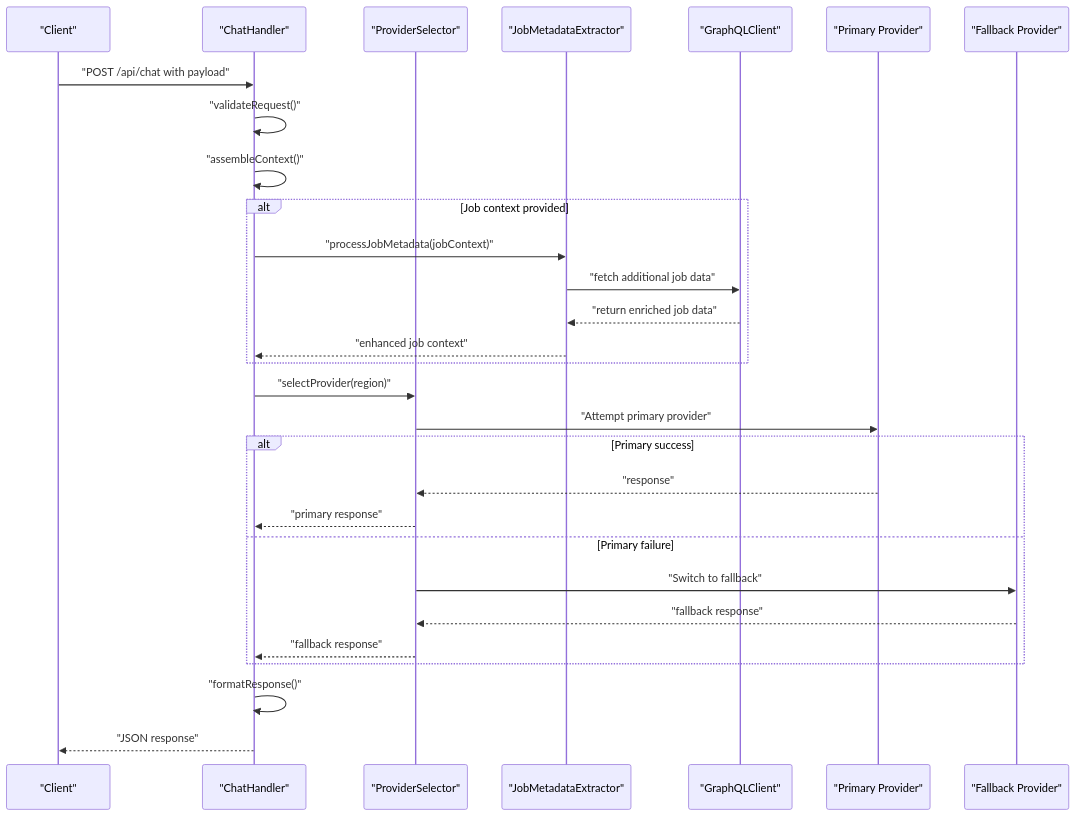
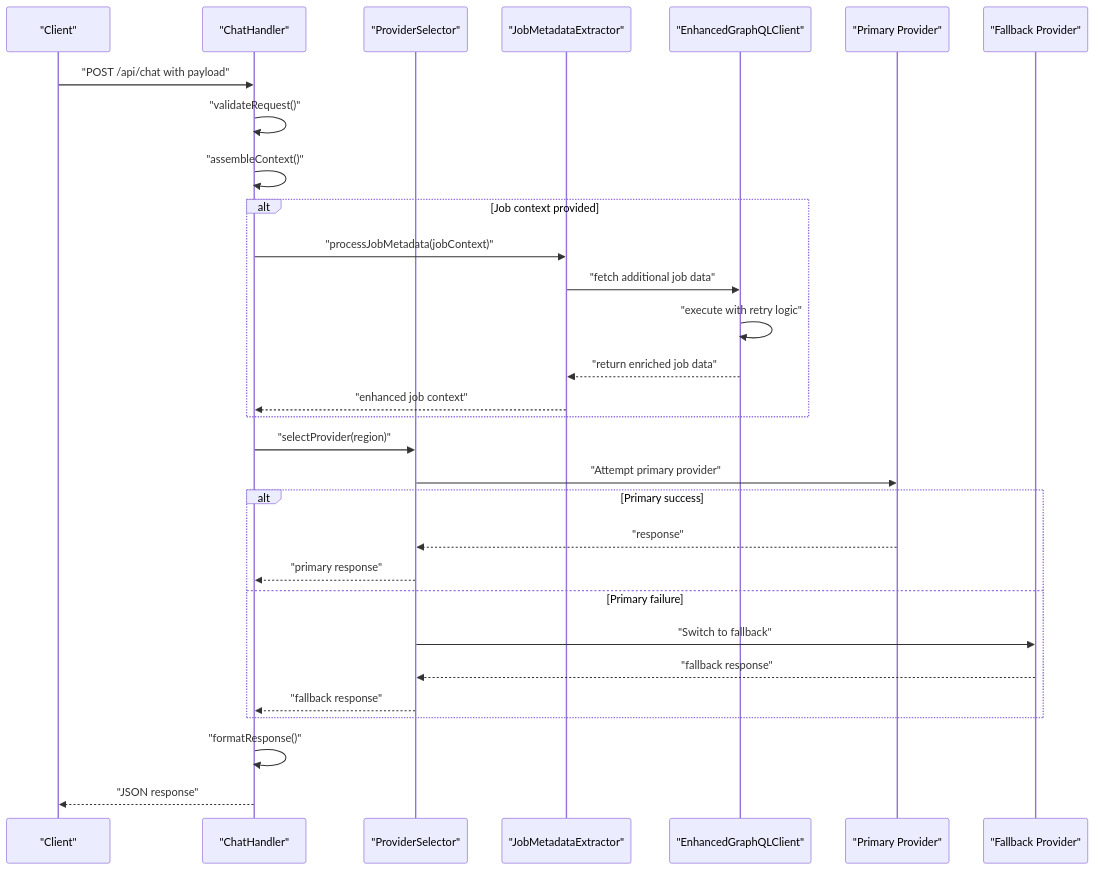
Before and after one commit to zmyeo54/briefroom: the fourth of 9 diagrams in .qoder/repowiki/en/content/API Reference/Chat API.md, drawn with Mermaid. The commit also changed other lines of this file and 13 other files, not shown here.

````diff
--- a/.qoder/repowiki/en/content/API Reference/Chat API.md
+++ b/.qoder/repowiki/en/content/API Reference/Chat API.md
@@ -263,31 +285,32 @@
 ```mermaid
 sequenceDiagram
 participant Client as "Client"
 participant Handler as "ChatHandler"
 participant Selector as "ProviderSelector"
 participant JME as "JobMetadataExtractor"
-participant GQL as "GraphQLClient"
+participant GQL as "EnhancedGraphQLClient"
 participant Primary as "Primary Provider"
 participant Fallback as "Fallback Provider"
 Client->>Handler : "POST /api/chat with payload"
 Handler->>Handler : "validateRequest()"
 Handler->>Handler : "assembleContext()"
 alt Job context provided
 Handler->>JME : "processJobMetadata(jobContext)"
 JME->>GQL : "fetch additional job data"
+GQL->>GQL : "execute with retry logic"
 GQL-->>JME : "return enriched job data"
 JME-->>Handler : "enhanced job context"
 end
 Handler->>Selector : "selectProvider(region)"
 Selector->>Primary : "Attempt primary provider"
 alt Primary success
 Primary-->>Selector : "response"
 Selector-->>Handler : "primary response"
 else Primary failure
 Selector->>Fallback : "Switch to fallback"
 Fallback-->>Selector : "fallback response"
 Selector-->>Handler : "fallback response"
 end
 Handler->>Handler : "formatResponse()"
 Handler-->>Client : "JSON response"
 ```
````
